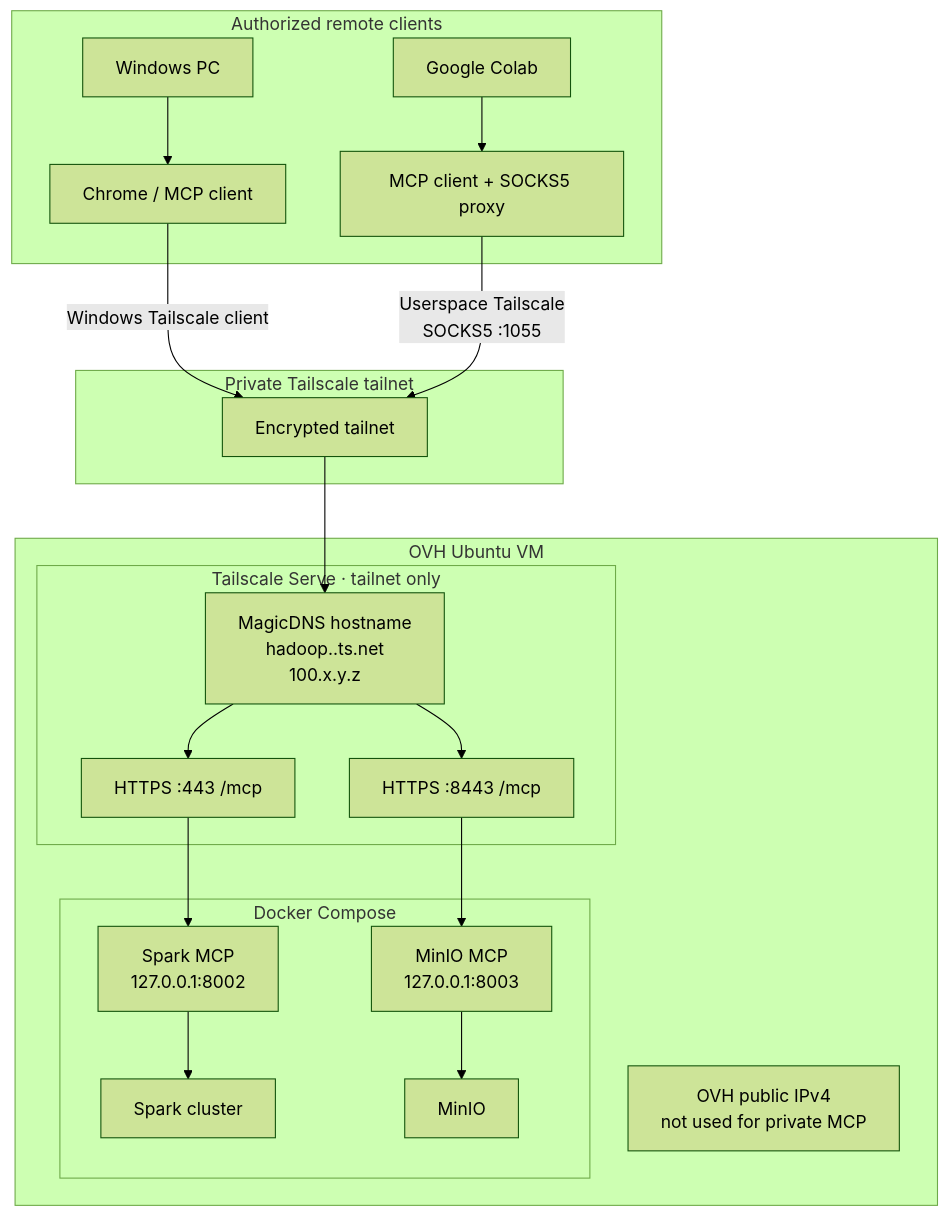
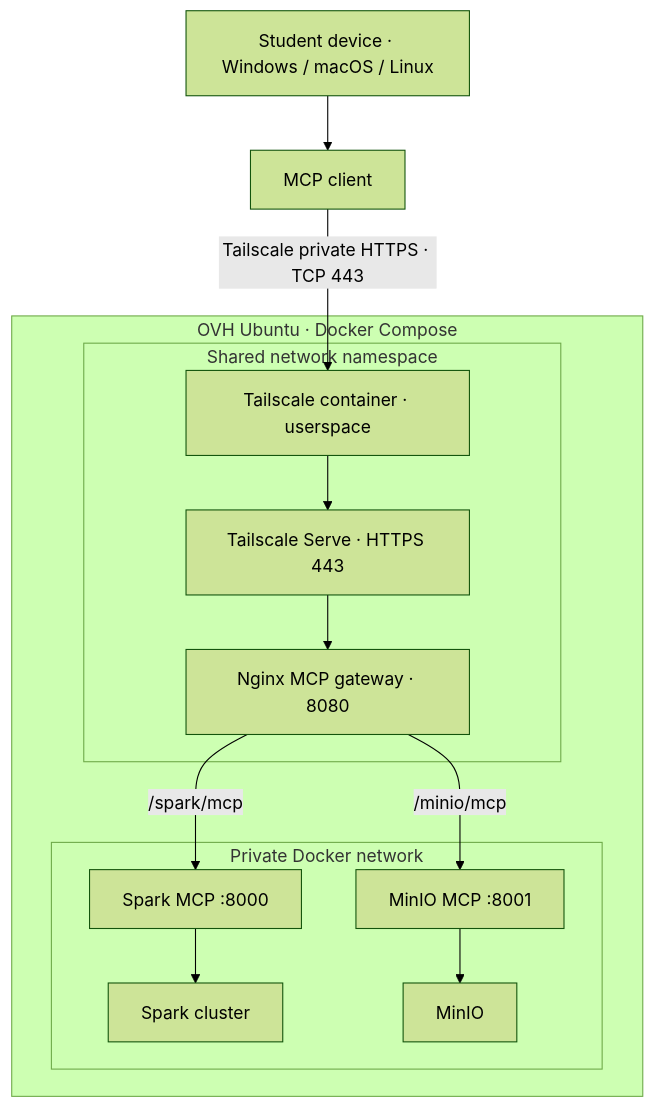
Before and after one commit to msellamiTN/spark-lakehouse-agent: the diagram in docs/mcp/REMOTE-ACCESS.md, drawn with Mermaid (forest theme). The commit also changed other lines of this file, not shown here.

Commit message:
Replace host Tailscale instructions with containerized Serve deployment

````diff
--- a/docs/mcp/REMOTE-ACCESS.md
+++ b/docs/mcp/REMOTE-ACCESS.md
@@ -9,31 +9,21 @@
 ```mermaid
 flowchart TB
-  subgraph REMOTE["Authorized remote clients"]
-    WIN["Windows PC"]
-    CHROME["Chrome / MCP client"]
-    COLAB["Google Colab"]
-    PY["MCP client + SOCKS5 proxy"]
-    WIN --> CHROME
-    COLAB --> PY
-  end
-
-  subgraph TAILNET["Private Tailscale tailnet"]
-    CHROME -->|"Windows Tailscale client"| TS["Encrypted tailnet"]
-    PY -->|"Userspace Tailscale<br/>SOCKS5 :1055"| TS
-  end
-
-  subgraph OVH["OVH Ubuntu VM"]
-    TS --> DNS["MagicDNS hostname<br/>hadoop.<tailnet>.ts.net<br/>100.x.y.z"]
-    subgraph SERVE["Tailscale Serve · tailnet only"]
-      DNS --> HTTPS["HTTPS :443 /mcp"]
-      DNS --> HTTPS2["HTTPS :8443 /mcp"]
+  STUDENT["Student device · Windows / macOS / Linux"]
+  CLIENT["MCP client"]
+  STUDENT --> CLIENT
+  CLIENT -->|"Tailscale private HTTPS · TCP 443"| TS
+  subgraph OVH["OVH Ubuntu · Docker Compose"]
+    subgraph NS["Shared network namespace"]
+      TS["Tailscale container · userspace"]
+      SERVE["Tailscale Serve · HTTPS 443"]
+      NGINX["Nginx MCP gateway · 8080"]
+      TS --> SERVE --> NGINX
     end
-    subgraph DOCKER["Docker Compose"]
-      HTTPS --> S["Spark MCP<br/>127.0.0.1:8002"]
-      HTTPS2 --> M["MinIO MCP<br/>127.0.0.1:8003"]
-      S --> SPARK["Spark cluster"]
-      M --> MINIO["MinIO"]
+    subgraph DOCKER["Private Docker network"]
+      NGINX -->|" /spark/mcp "| SPARKMCP["Spark MCP :8000"]
+      NGINX -->|" /minio/mcp "| MINIOMCP["MinIO MCP :8001"]
+      SPARKMCP --> SPARK["Spark cluster"]
+      MINIOMCP --> MINIO["MinIO"]
     end
-    PUB["OVH public IPv4<br/>not used for private MCP"]
   end
 ```
````
